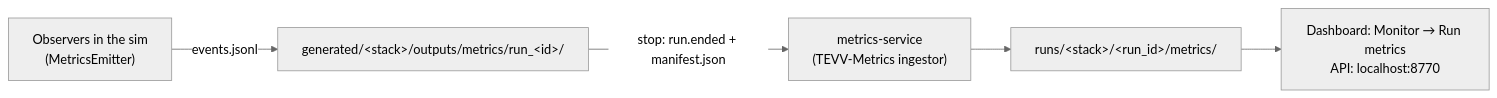
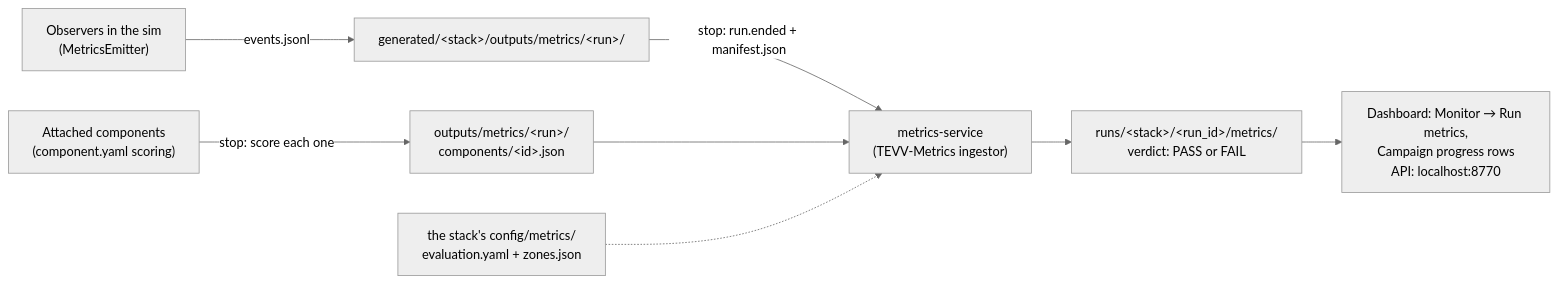
Before and after one commit to DinoHub/M-S-Simulation-Runtime-Stack: the diagram in docs/metrics.md, drawn with Mermaid (neutral theme). The commit also changed other lines of this file and 10 other files, not shown here.

````diff
--- a/docs/metrics.md
+++ b/docs/metrics.md
@@ -6,7 +6,10 @@
 ```mermaid
 flowchart LR
-  A["Observers in the sim<br/>(MetricsEmitter)"] -->|events.jsonl| B["generated/&lt;stack&gt;/outputs/metrics/run_&lt;id&gt;/"]
+  A["Observers in the sim<br/>(MetricsEmitter)"] -->|events.jsonl| B["generated/&lt;stack&gt;/outputs/metrics/&lt;run&gt;/"]
+  C2["Attached components<br/>(component.yaml scoring)"] -->|"stop: score each one"| B2["outputs/metrics/&lt;run&gt;/<br/>components/&lt;id&gt;.json"]
   B -->|stop: run.ended + manifest.json| C["metrics-service<br/>(TEVV-Metrics ingestor)"]
-  C --> D["runs/&lt;stack&gt;/&lt;run_id&gt;/metrics/"]
-  D --> E["Dashboard: Monitor → Run metrics<br/>API: localhost:8770"]
+  B2 --> C
+  T["the stack's config/metrics/<br/>evaluation.yaml + zones.json"] -.-> C
+  C --> D["runs/&lt;stack&gt;/&lt;run_id&gt;/metrics/<br/>verdict: PASS or FAIL"]
+  D --> E["Dashboard: Monitor → Run metrics,<br/>Campaign progress rows<br/>API: localhost:8770"]
 ```
````
